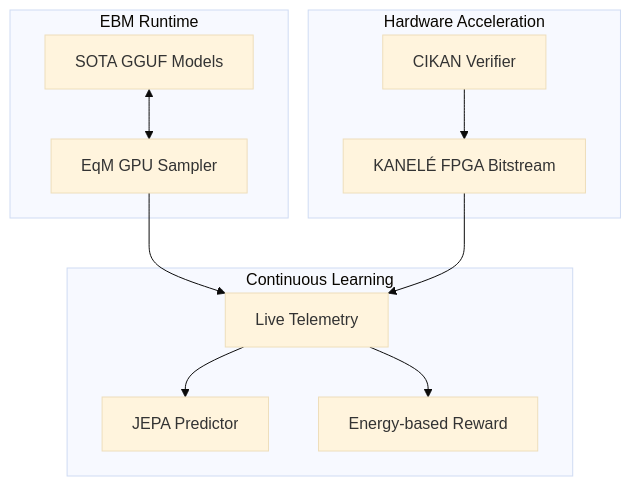
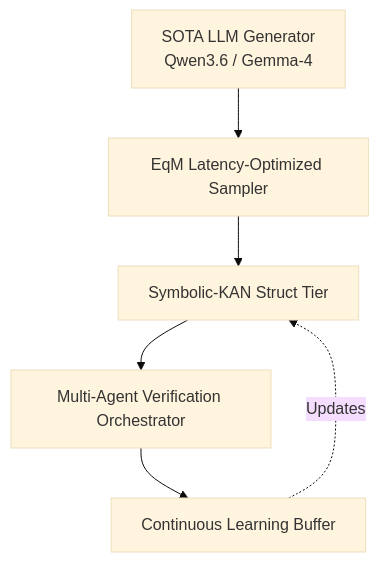
One commit to Carnot-EBM/carnot-ebm changed the diagram in openspec/change-proposals/research-roadmap-vNEXT.md. Above: the diagram before and after it, drawn with Mermaid (base theme). The commit also changed other lines of this file and 2 other files, not shown here.

````diff
--- a/openspec/change-proposals/research-roadmap-vNEXT.md
+++ b/openspec/change-proposals/research-roadmap-vNEXT.md
@@ -22,22 +21,8 @@
 ```mermaid
 graph TD
-    subgraph EBM Runtime
-        SOTA[SOTA GGUF Models]
-        EQM[EqM GPU Sampler]
-        SOTA <--> EQM
-    end
-    subgraph Hardware Acceleration
-        CIKAN[CIKAN Verifier]
-        KANELE[KANELÉ FPGA Bitstream]
-        CIKAN --> KANELE
-    end
-    subgraph Continuous Learning
-        TEL[Live Telemetry]
-        JEPA[JEPA Predictor]
-        EORM[Energy-based Reward]
-        TEL --> JEPA
-        TEL --> EORM
-    end
-    EQM --> TEL
-    KANELE --> TEL
+    A[SOTA LLM Generator\nQwen3.6 / Gemma-4] --> B[EqM Latency-Optimized Sampler]
+    B --> C[Symbolic-KAN Struct Tier]
+    C --> D[Multi-Agent Verification Orchestrator]
+    D --> E[Continuous Learning Buffer]
+    E -.->|Updates| C
 ```
````
